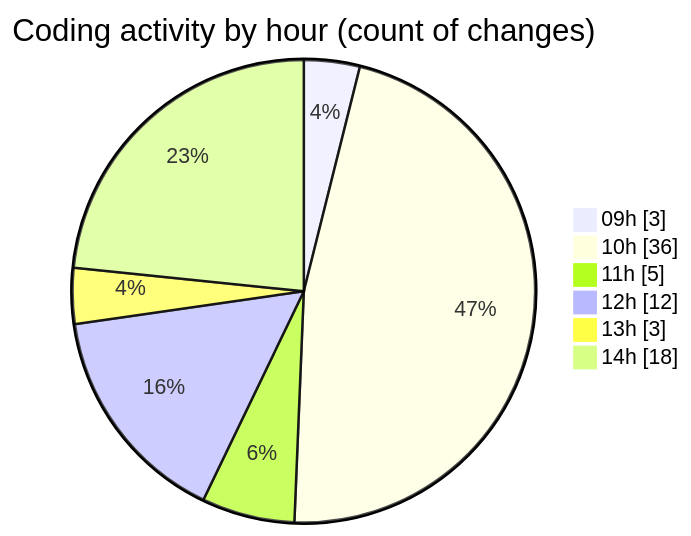
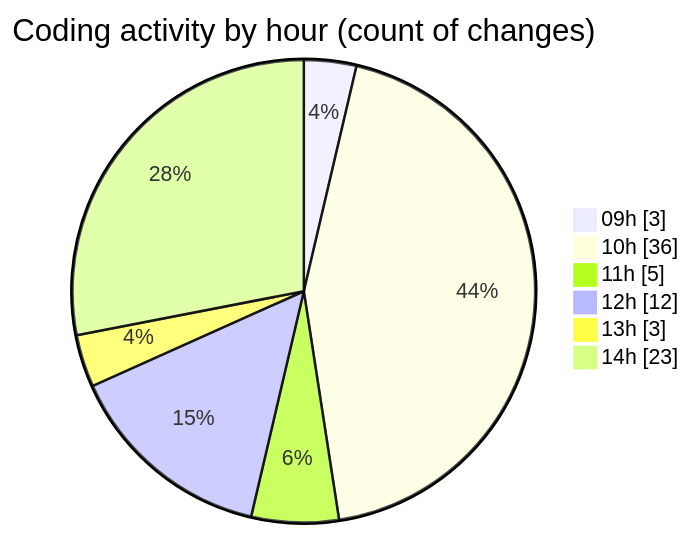
One commit to momahboobian/code-tracking changed the second of 2 diagrams in 2026-02-17/cda/README.md. Above: the diagram before and after it, drawn with Mermaid. The commit also changed other lines of this file and 1 other file, not shown here.

````diff
--- a/2026-02-17/cda/README.md
+++ b/2026-02-17/cda/README.md
@@ -43,10 +43,10 @@
 ```mermaid
 pie showData
 title Coding activity by hour (count of changes)
 "09h" : 3
 "10h" : 36
 "11h" : 5
 "12h" : 12
 "13h" : 3
-"14h" : 18
+"14h" : 23
 ```
````
